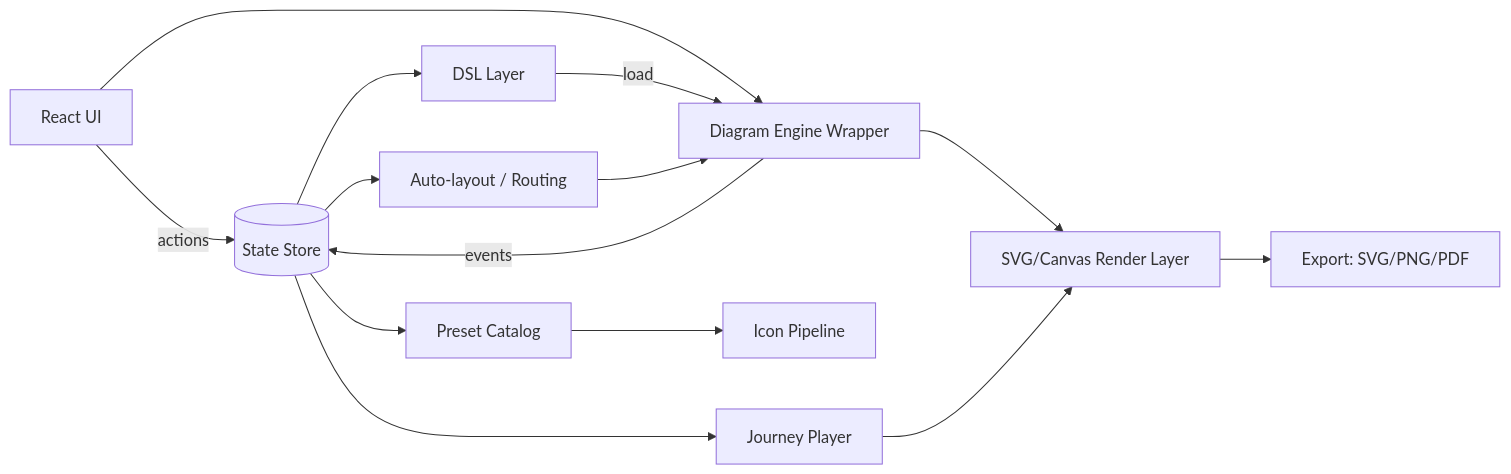
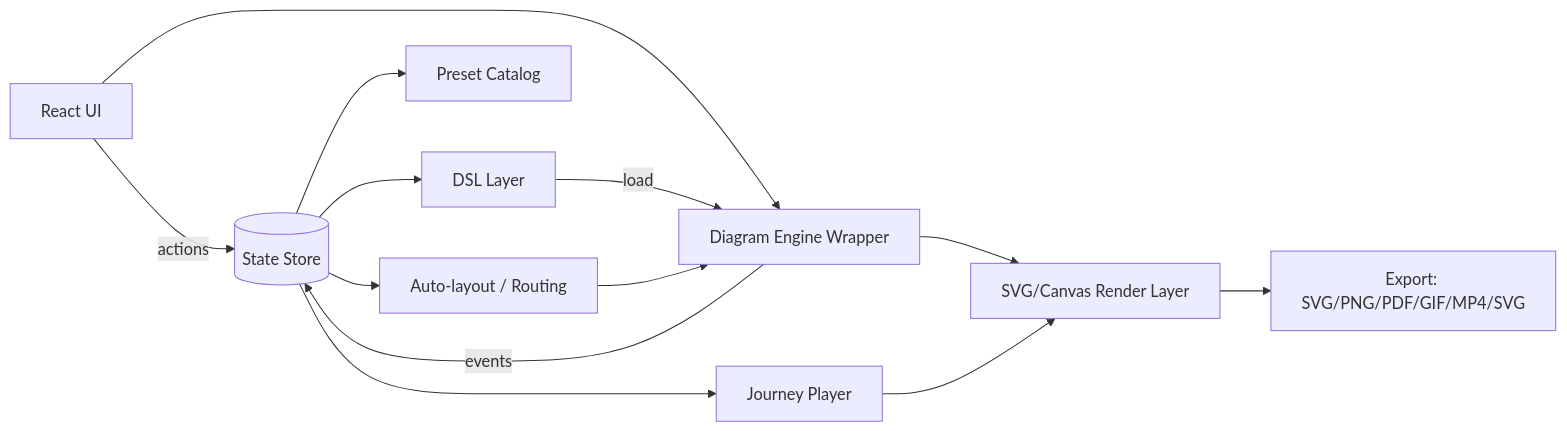
Before and after one commit to osdeving/system-journey-viewer: the diagram in INTRUCTIONS.md, drawn with Mermaid. The commit also changed other lines of this file and 23 other files, not shown here.

````diff
--- a/INTRUCTIONS.md
+++ b/INTRUCTIONS.md
@@ -122,21 +94,19 @@
 ```mermaid
 flowchart LR
   UI[React UI] -->|actions| Store[(State Store)]
   UI --> Engine[Diagram Engine Wrapper]
 
   Store --> DSL[DSL Layer]
   DSL -->|load| Engine
   Engine -->|events| Store
 
   Engine --> Render[SVG/Canvas Render Layer]
-  Render --> Export[Export: SVG/PNG/PDF]
+  Render --> Export[Export: SVG/PNG/PDF/GIF/MP4/SVG]
 
   Store --> Presets[Preset Catalog]
-  Presets --> IconPack[Icon Pipeline]
-
   Store --> Player[Journey Player]
   Player --> Render
 
   Store --> Layout[Auto-layout / Routing]
   Layout --> Engine
 ```
````
